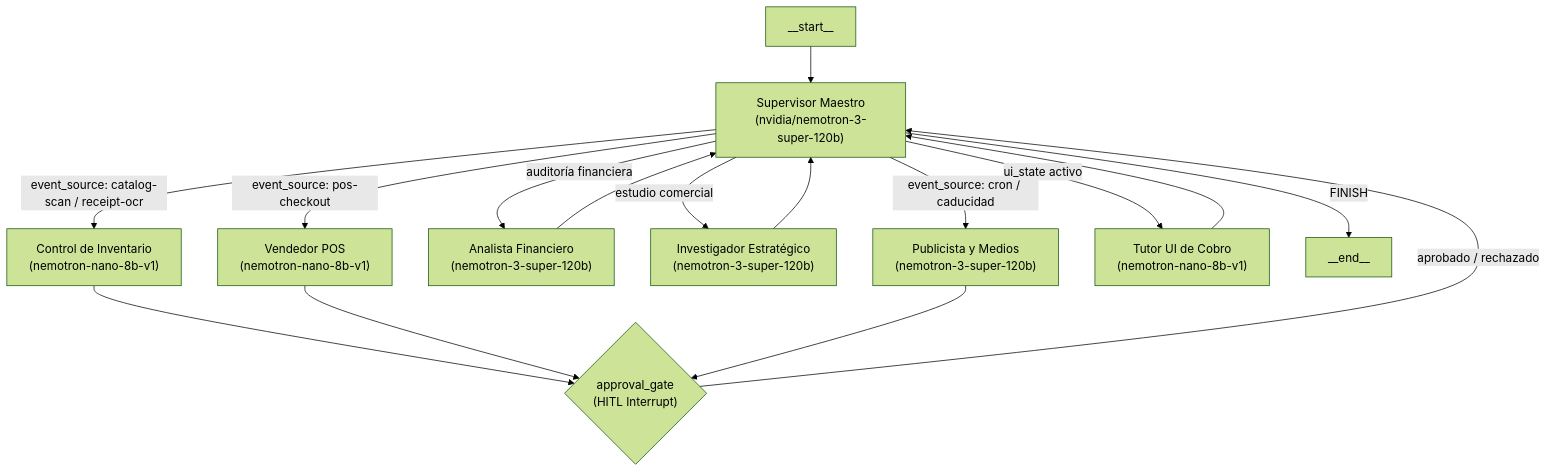
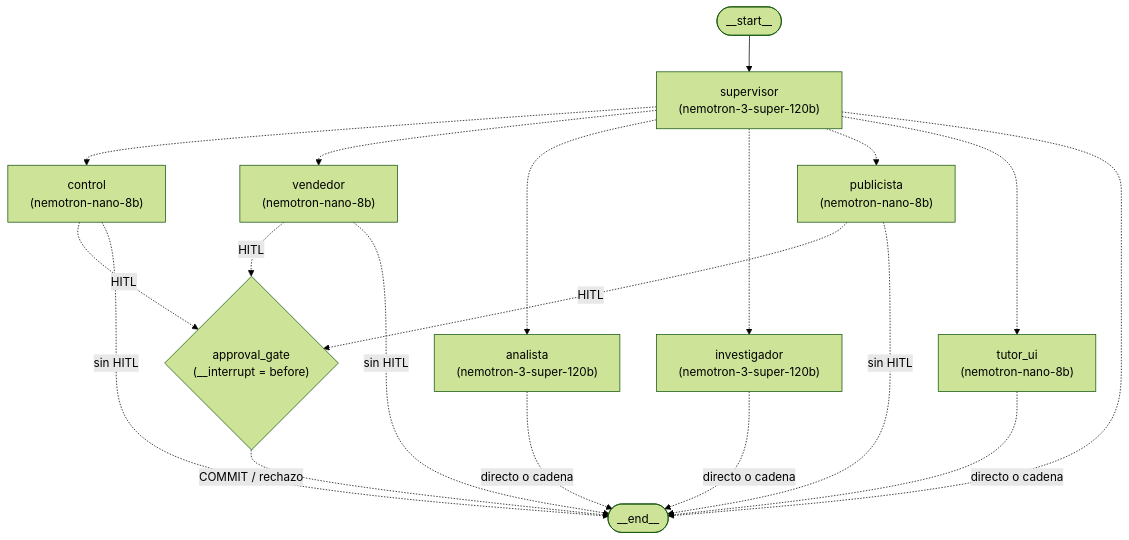
Before and after one commit to NeilDMJ/tiendita-ia: the diagram in enjambre_agentes/AGENTS.md, drawn with Mermaid (forest theme). The commit also changed other lines of this file and 42 other files, not shown here.

````diff
--- a/enjambre_agentes/AGENTS.md
+++ b/enjambre_agentes/AGENTS.md
@@ -5,21 +41,23 @@
 ```mermaid
 flowchart TD
-    START["__start__"] --> supervisor["Supervisor Maestro\n(nvidia/nemotron-3-super-120b)"]
-    supervisor -->|"event_source: catalog-scan / receipt-ocr"| control["Control de Inventario\n(nemotron-nano-8b-v1)"]
-    supervisor -->|"event_source: pos-checkout"| vendedor["Vendedor POS\n(nemotron-nano-8b-v1)"]
-    supervisor -->|"auditoría financiera"| analista["Analista Financiero\n(nemotron-3-super-120b)"]
-    supervisor -->|"estudio comercial"| investigador["Investigador Estratégico\n(nemotron-3-super-120b)"]
-    supervisor -->|"event_source: cron / caducidad"| publicista["Publicista y Medios\n(nemotron-3-super-120b)"]
-    supervisor -->|"ui_state activo"| tutor_ui["Tutor UI de Cobro\n(nemotron-nano-8b-v1)"]
-    
-    control --> approval_gate{"approval_gate\n(HITL Interrupt)"}
-    vendedor --> approval_gate
-    publicista --> approval_gate
-    
-    analista --> supervisor
-    investigador --> supervisor
-    tutor_ui --> supervisor
-    
-    approval_gate -->|aprobado / rechazado| supervisor
-    supervisor -->|"FINISH"| END["__end__"]
+    START(["__start__"]) --> supervisor["supervisor\n(nemotron-3-super-120b)"]
+    supervisor -.-> control["control\n(nemotron-nano-8b)"]
+    supervisor -.-> vendedor["vendedor\n(nemotron-nano-8b)"]
+    supervisor -.-> analista["analista\n(nemotron-3-super-120b)"]
+    supervisor -.-> investigador["investigador\n(nemotron-3-super-120b)"]
+    supervisor -.-> publicista["publicista\n(nemotron-nano-8b)"]
+    supervisor -.-> tutor_ui["tutor_ui\n(nemotron-nano-8b)"]
+    supervisor -.-> END(["__end__"])
+
+    control -.->|HITL| approval_gate{"approval_gate\n(__interrupt = before)"}
+    vendedor -.->|HITL| approval_gate
+    publicista -.->|HITL| approval_gate
+
+    control -.->|sin HITL| END
+    vendedor -.->|sin HITL| END
+    publicista -.->|sin HITL| END
+    analista -.->|directo o cadena| END
+    investigador -.->|directo o cadena| END
+    tutor_ui -.->|directo o cadena| END
+    approval_gate -.->|COMMIT / rechazo| END
 ```
````
